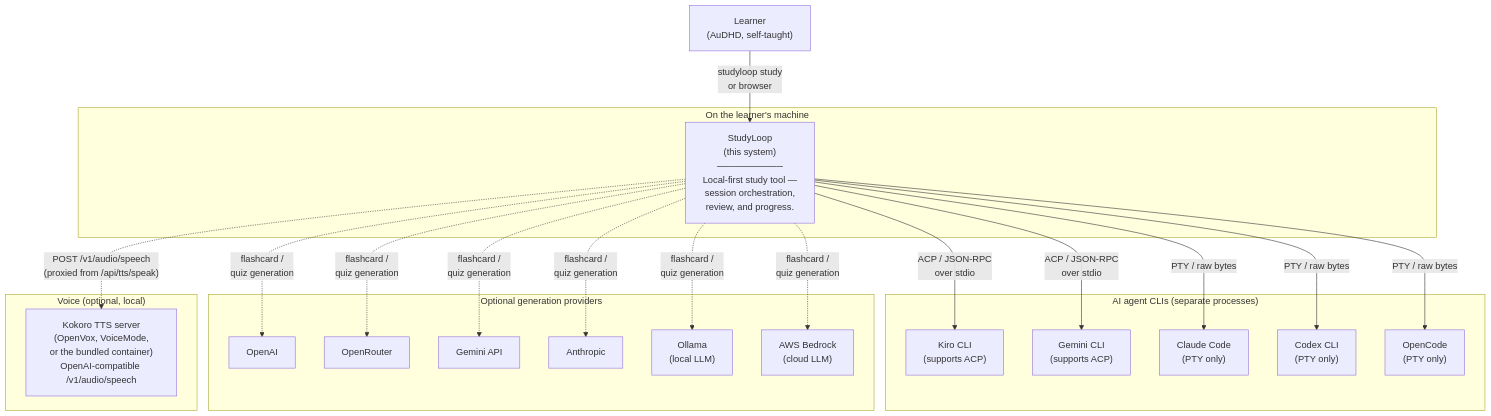
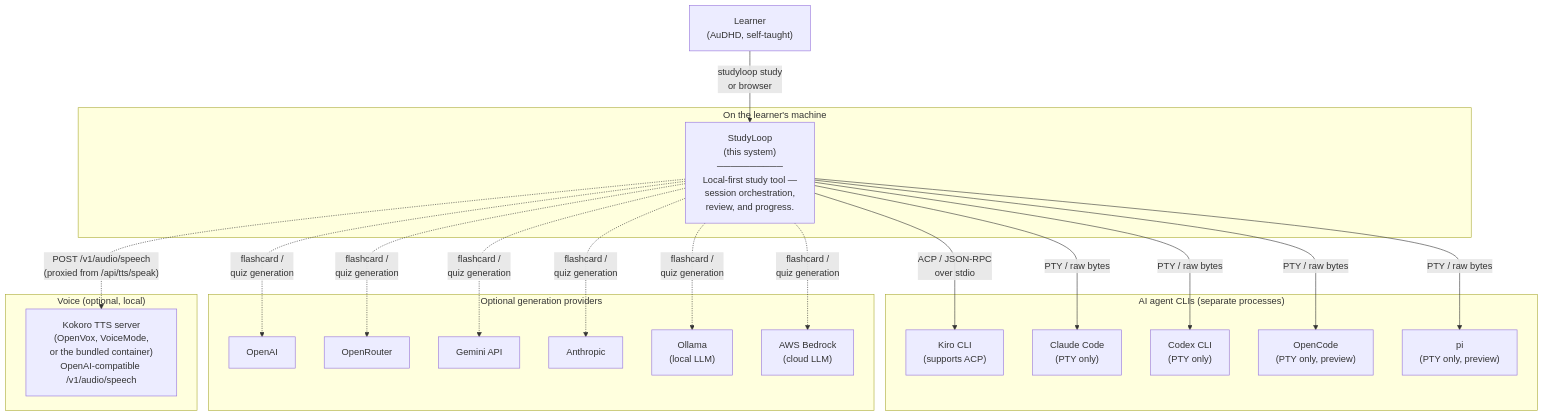
One commit to NetDevAutomate/StudyLoop changed the first of 13 diagrams in docs/architecture/current.md. Above: the diagram before and after it, drawn with Mermaid. The commit also changed other lines of this file and 3 other files, not shown here.

First line of the commit message:
fix(R-65): remove Gemini as a mentor from the architecture docs

````diff
--- a/docs/architecture/current.md
+++ b/docs/architecture/current.md
@@ -17,43 +18,43 @@
 ```mermaid
 flowchart TB
     Learner["Learner<br/>(AuDHD, self-taught)"]
 
     subgraph "On the learner's machine"
       StudyLoop["StudyLoop<br/>(this system)<br/>──────────<br/>Local-first study tool —<br/>session orchestration,<br/>review, and progress."]
     end
 
     subgraph "AI agent CLIs (separate processes)"
       Kiro["Kiro CLI<br/>(supports ACP)"]
-      Gemini["Gemini CLI<br/>(supports ACP)"]
       Claude["Claude Code<br/>(PTY only)"]
       Codex["Codex CLI<br/>(PTY only)"]
-      OpenCode["OpenCode<br/>(PTY only)"]
+      OpenCode["OpenCode<br/>(PTY only, preview)"]
+      Pi["pi<br/>(PTY only, preview)"]
     end
 
     subgraph "Optional generation providers"
       OpenAI["OpenAI"]
       OpenRouter["OpenRouter"]
       GeminiAPI["Gemini API"]
       Anthropic["Anthropic"]
       Ollama["Ollama<br/>(local LLM)"]
       Bedrock["AWS Bedrock<br/>(cloud LLM)"]
     end
 
     subgraph "Voice (optional, local)"
       Kokoro["Kokoro TTS server<br/>(OpenVox, VoiceMode,<br/>or the bundled container)<br/>OpenAI-compatible /v1/audio/speech"]
     end
 
     Learner -->|"studyloop study<br/>or browser"| StudyLoop
     StudyLoop -->|"ACP / JSON-RPC<br/>over stdio"| Kiro
-    StudyLoop -->|"ACP / JSON-RPC<br/>over stdio"| Gemini
     StudyLoop -->|"PTY / raw bytes"| Claude
     StudyLoop -->|"PTY / raw bytes"| Codex
     StudyLoop -->|"PTY / raw bytes"| OpenCode
+    StudyLoop -->|"PTY / raw bytes"| Pi
     StudyLoop -.->|"flashcard /<br/>quiz generation"| OpenAI
     StudyLoop -.->|"flashcard /<br/>quiz generation"| OpenRouter
     StudyLoop -.->|"flashcard /<br/>quiz generation"| GeminiAPI
     StudyLoop -.->|"flashcard /<br/>quiz generation"| Anthropic
     StudyLoop -.->|"flashcard /<br/>quiz generation"| Ollama
     StudyLoop -.->|"flashcard /<br/>quiz generation"| Bedrock
     StudyLoop -.->|"POST /v1/audio/speech<br/>(proxied from /api/tts/speak)"| Kokoro
 ```
````
